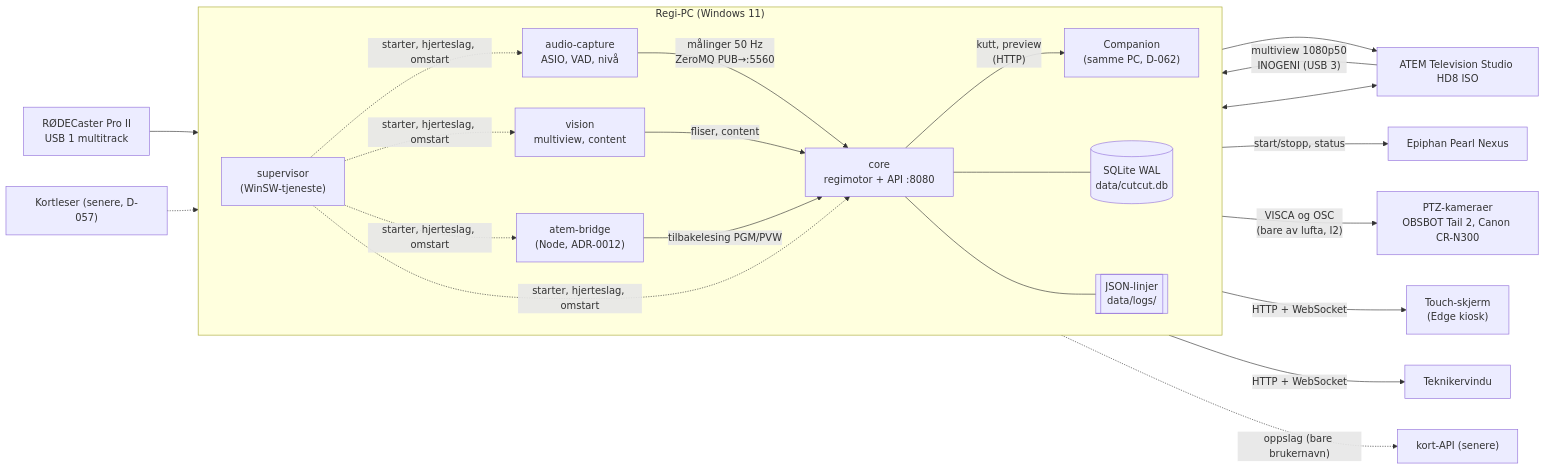
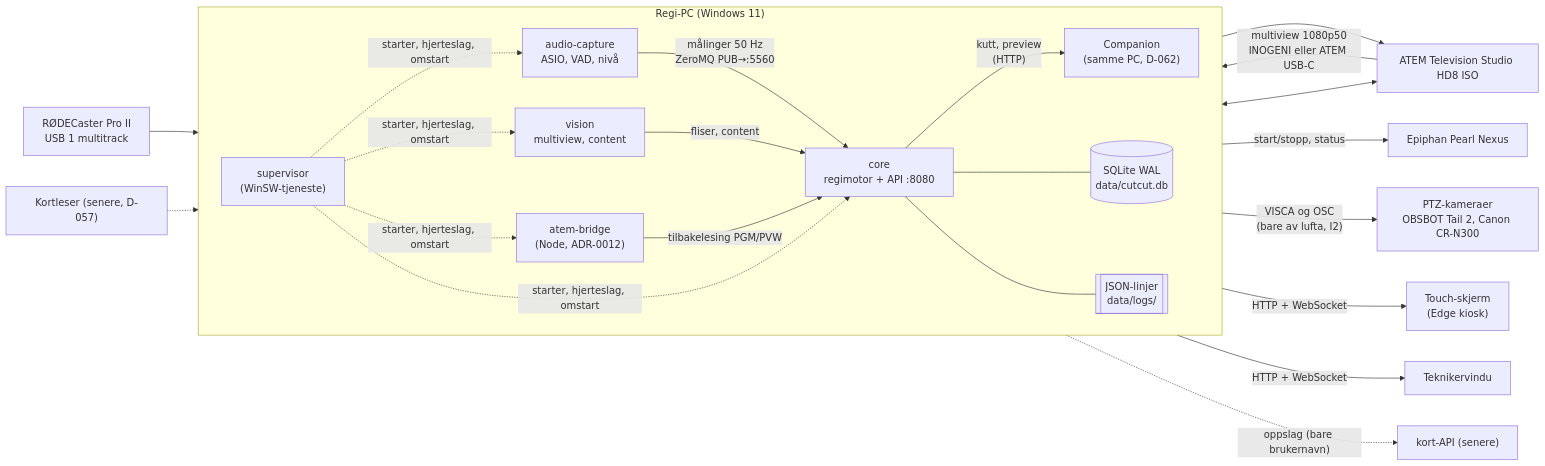
The first of 5 diagrams in docs/architecture/README.md (multimediesenteret/CutCutStudio), drawn with Mermaid before and after one commit. The commit also changed other lines of this file and 40 other files, not shown here.

First line of the commit message:
feat: velg multiview-capture i oppsettet: INOGENI eller ATEM USB-C (D-071) (#204)

````diff
--- a/docs/architecture/README.md
+++ b/docs/architecture/README.md
@@ -11,31 +11,31 @@
 ```mermaid
 flowchart LR
   subgraph PC["Regi-PC (Windows 11)"]
     direction LR
     SUP["supervisor<br/>(WinSW-tjeneste)"]
     AUD["audio-capture<br/>ASIO, VAD, nivå"]
     VIS["vision<br/>multiview, content"]
     CORE["core<br/>regimotor + API :8080"]
     BRIDGE["atem-bridge<br/>(Node, ADR-0012)"]
     COMP["Companion<br/>(samme PC, D-062)"]
     DB[("SQLite WAL<br/>data/cutcut.db")]
     LOGS[["JSON-linjer<br/>data/logs/"]]
   end
   RODE["RØDECaster Pro II<br/>USB 1 multitrack"] --> AUD
-  ATEM["ATEM Television Studio HD8 ISO"] -- "multiview 1080p50<br/>INOGENI (USB 3)" --> VIS
+  ATEM["ATEM Television Studio HD8 ISO"] -- "multiview 1080p50<br/>INOGENI eller ATEM USB-C" --> VIS
   AUD -- "målinger 50 Hz<br/>ZeroMQ PUB→:5560" --> CORE
   VIS -- "fliser, content" --> CORE
   CORE -- "kutt, preview<br/>(HTTP)" --> COMP
   COMP --> ATEM
   BRIDGE -- "tilbakelesing PGM/PVW" --> CORE
   ATEM <--> BRIDGE
   CORE -- "start/stopp, status" --> PEARL["Epiphan Pearl Nexus"]
   CORE -- "VISCA og OSC<br/>(bare av lufta, I2)" --> CAMS["PTZ-kameraer<br/>OBSBOT Tail 2, Canon CR-N300"]
   CORE --- DB
   CORE --- LOGS
   SUP -. "starter, hjerteslag, omstart" .-> AUD & VIS & CORE & BRIDGE
   CORE -- "HTTP + WebSocket" --> TOUCH["Touch-skjerm<br/>(Edge kiosk)"]
   CORE -- "HTTP + WebSocket" --> TECH["Teknikervindu"]
   CARD["Kortleser (senere, D-057)"] -.-> CORE
   CORE -. "oppslag (bare brukernavn)" .-> Multimediesenteret["kort-API (senere)"]
 ```
````
